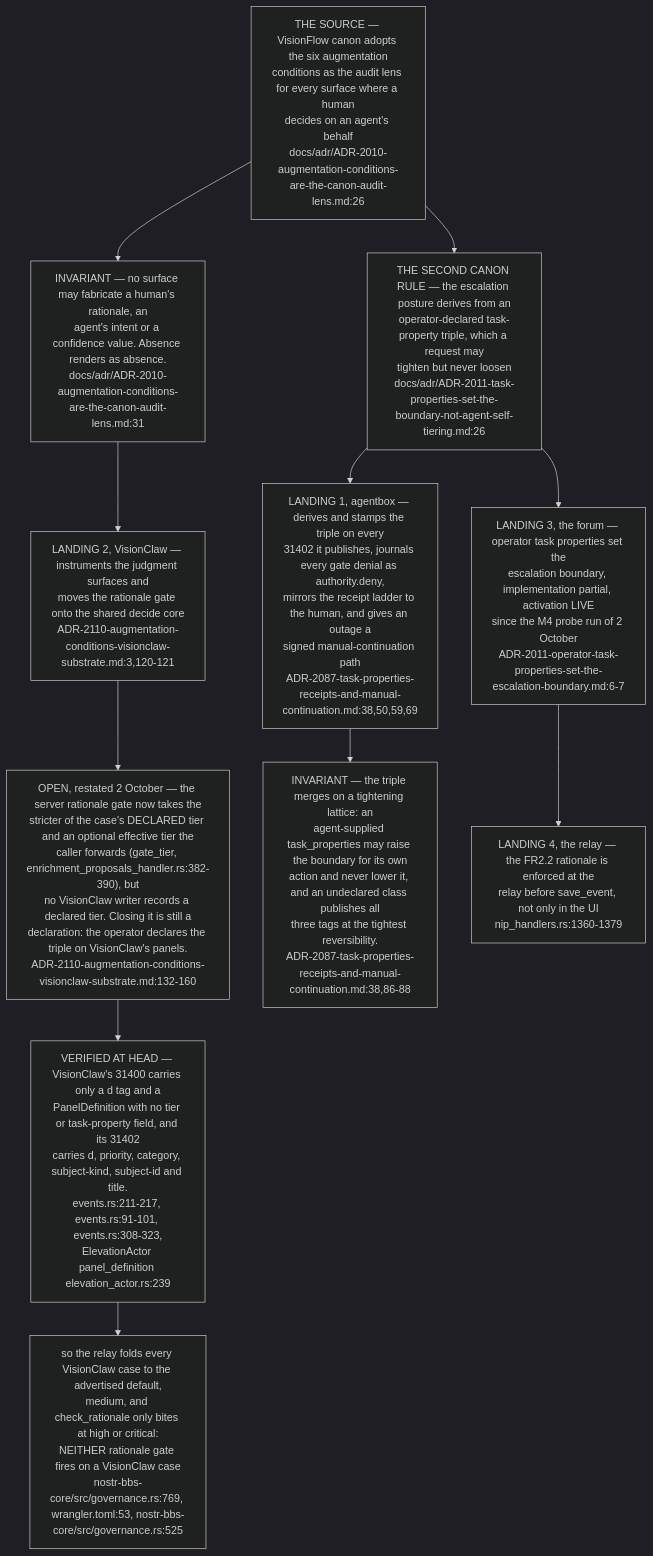
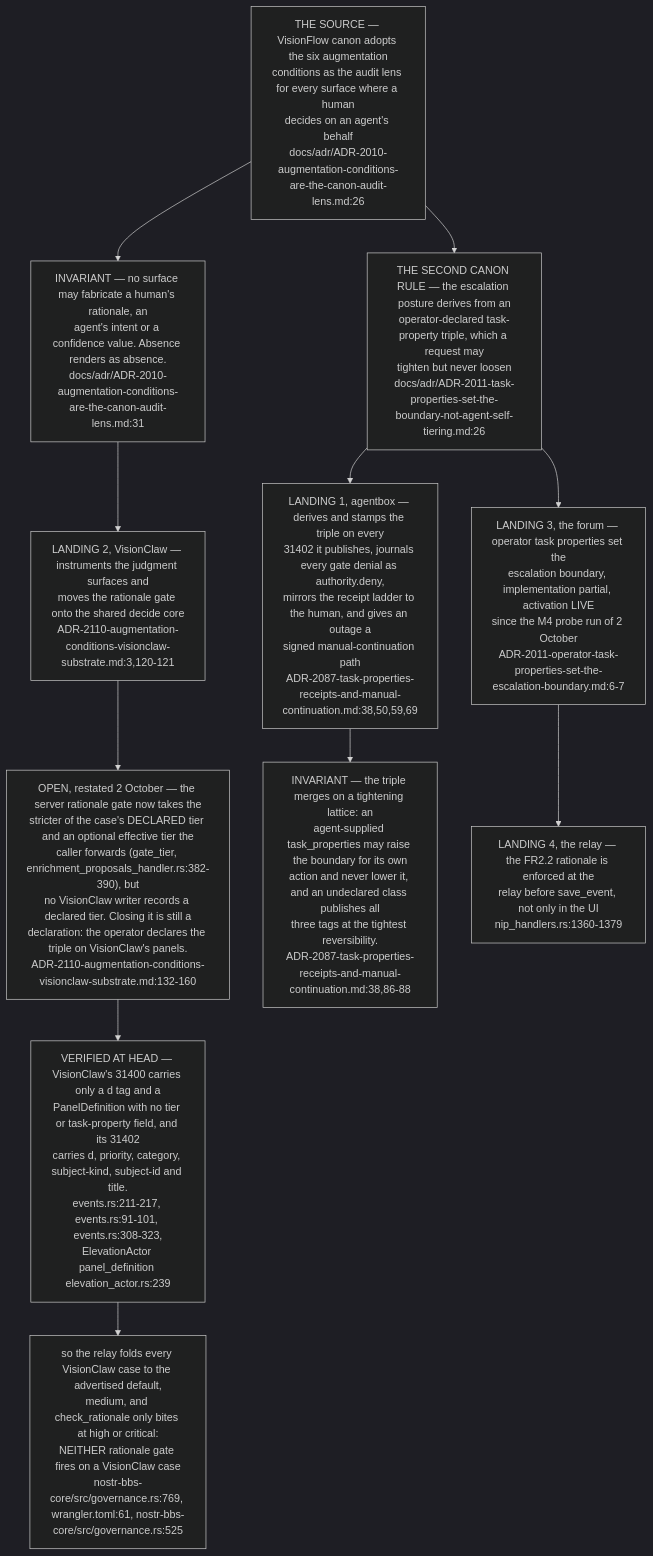
Before and after one commit to DreamLab-AI/VisionFlow: the eighth of 12 diagrams in docs/diagrams/estate/05-governance-loop-across-estate.md, drawn with Mermaid (dark theme). The commit also changed other lines of this file and 145 other files, not shown here.

````diff
--- a/docs/diagrams/estate/05-governance-loop-across-estate.md
+++ b/docs/diagrams/estate/05-governance-loop-across-estate.md
@@ -246,27 +246,27 @@
 ```mermaid
 flowchart TB
     CANON["THE SOURCE — VisionFlow canon adopts the six augmentation<br/>conditions as the audit lens for every surface where a human<br/>decides on an agent's behalf<br/>docs/adr/ADR-2010-augmentation-conditions-are-the-canon-audit-lens.md:26"]
     RULE["INVARIANT — no surface may fabricate a human's rationale, an<br/>agent's intent or a confidence value. Absence renders as absence.<br/>docs/adr/ADR-2010-augmentation-conditions-are-the-canon-audit-lens.md:31"]
     BOUND["THE SECOND CANON RULE — the escalation posture derives from an<br/>operator-declared task-property triple, which a request may<br/>tighten but never loosen<br/>docs/adr/ADR-2011-task-properties-set-the-boundary-not-agent-self-tiering.md:26"]
     CANON --> RULE
     CANON --> BOUND
 
     AB["LANDING 1, agentbox — derives and stamps the triple on every<br/>31402 it publishes, journals every gate denial as authority.deny,<br/>mirrors the receipt ladder to the human, and gives an outage a<br/>signed manual-continuation path<br/>ADR-2087-task-properties-receipts-and-manual-continuation.md:38,50,59,69"]
     VC["LANDING 2, VisionClaw — instruments the judgment surfaces and<br/>moves the rationale gate onto the shared decide core<br/>ADR-2110-augmentation-conditions-visionclaw-substrate.md:3,120-121"]
     FRM["LANDING 3, the forum — operator task properties set the<br/>escalation boundary, implementation partial, activation LIVE<br/>since the M4 probe run of 2 October<br/>ADR-2011-operator-task-properties-set-the-escalation-boundary.md:6-7"]
     REL["LANDING 4, the relay — the FR2.2 rationale is enforced at the<br/>relay before save_event, not only in the UI<br/>nip_handlers.rs:1360-1379"]
 
     BOUND --> AB
     RULE --> VC
     BOUND --> FRM
     FRM --> REL
 
     OPEN["OPEN, restated 2 October — the server rationale gate now takes the<br/>stricter of the case's DECLARED tier and an optional effective tier the<br/>caller forwards (gate_tier, enrichment_proposals_handler.rs:382-390), but<br/>no VisionClaw writer records a declared tier. Closing it is still a<br/>declaration: the operator declares the triple on VisionClaw's panels.<br/>ADR-2110-augmentation-conditions-visionclaw-substrate.md:132-160"]
     NOTIER["VERIFIED AT HEAD — VisionClaw's 31400 carries only a d tag and a<br/>PanelDefinition with no tier or task-property field, and its 31402<br/>carries d, priority, category, subject-kind, subject-id and title.<br/>events.rs:211-217, events.rs:91-101, events.rs:308-323,<br/>ElevationActor panel_definition elevation_actor.rs:239"]
-    MED["so the relay folds every VisionClaw case to the advertised default,<br/>medium, and check_rationale only bites at high or critical:<br/>NEITHER rationale gate fires on a VisionClaw case<br/>nostr-bbs-core/src/governance.rs:769, wrangler.toml:53, nostr-bbs-core/src/governance.rs:525"]
+    MED["so the relay folds every VisionClaw case to the advertised default,<br/>medium, and check_rationale only bites at high or critical:<br/>NEITHER rationale gate fires on a VisionClaw case<br/>nostr-bbs-core/src/governance.rs:769, wrangler.toml:61, nostr-bbs-core/src/governance.rs:525"]
     OPEN --> NOTIER --> MED
     VC --> OPEN
 
     TIGHT["INVARIANT — the triple merges on a tightening lattice: an<br/>agent-supplied task_properties may raise the boundary for its own<br/>action and never lower it, and an undeclared class publishes all<br/>three tags at the tightest reversibility.<br/>ADR-2087-task-properties-receipts-and-manual-continuation.md:38,86-88"]
     AB --> TIGHT
 ```
````
